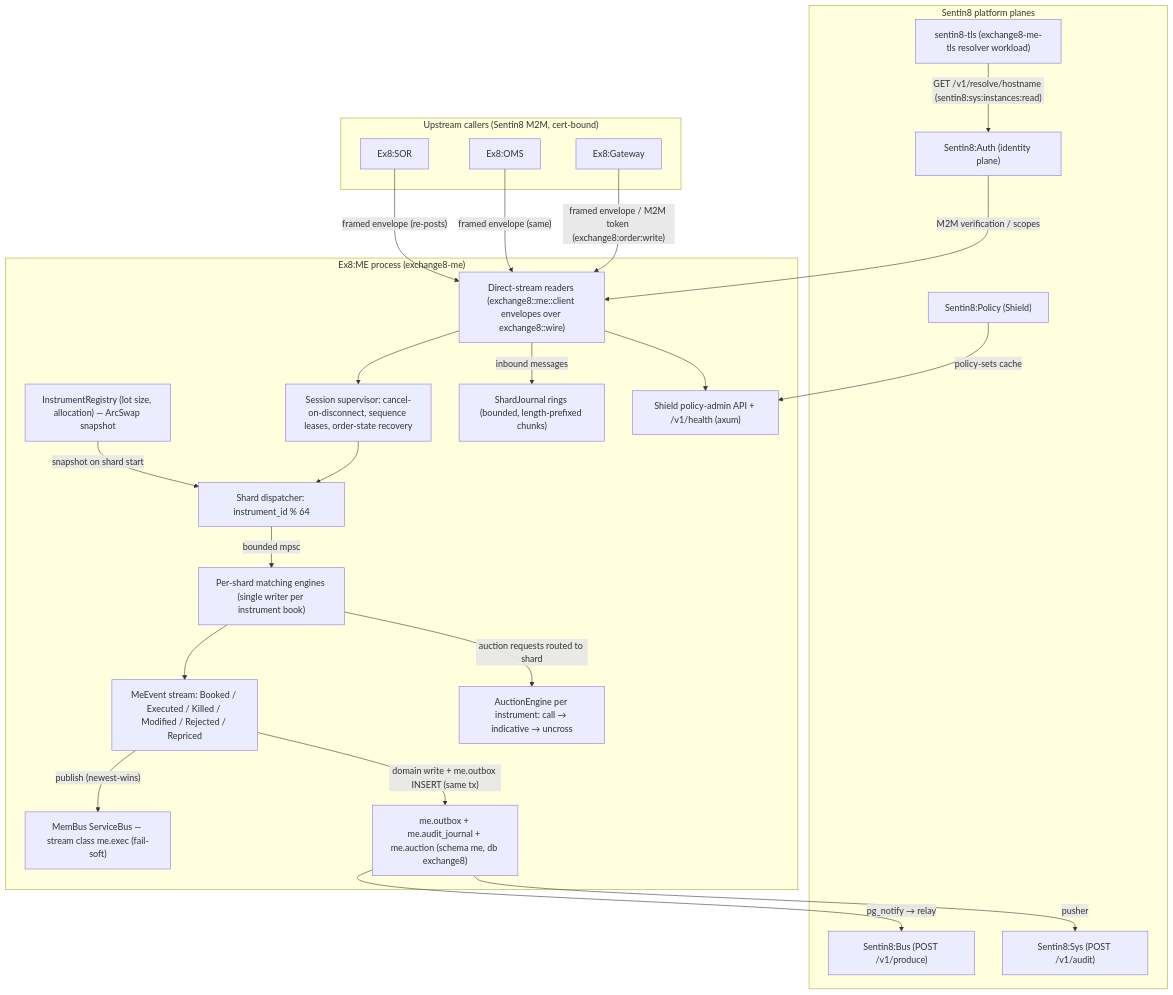
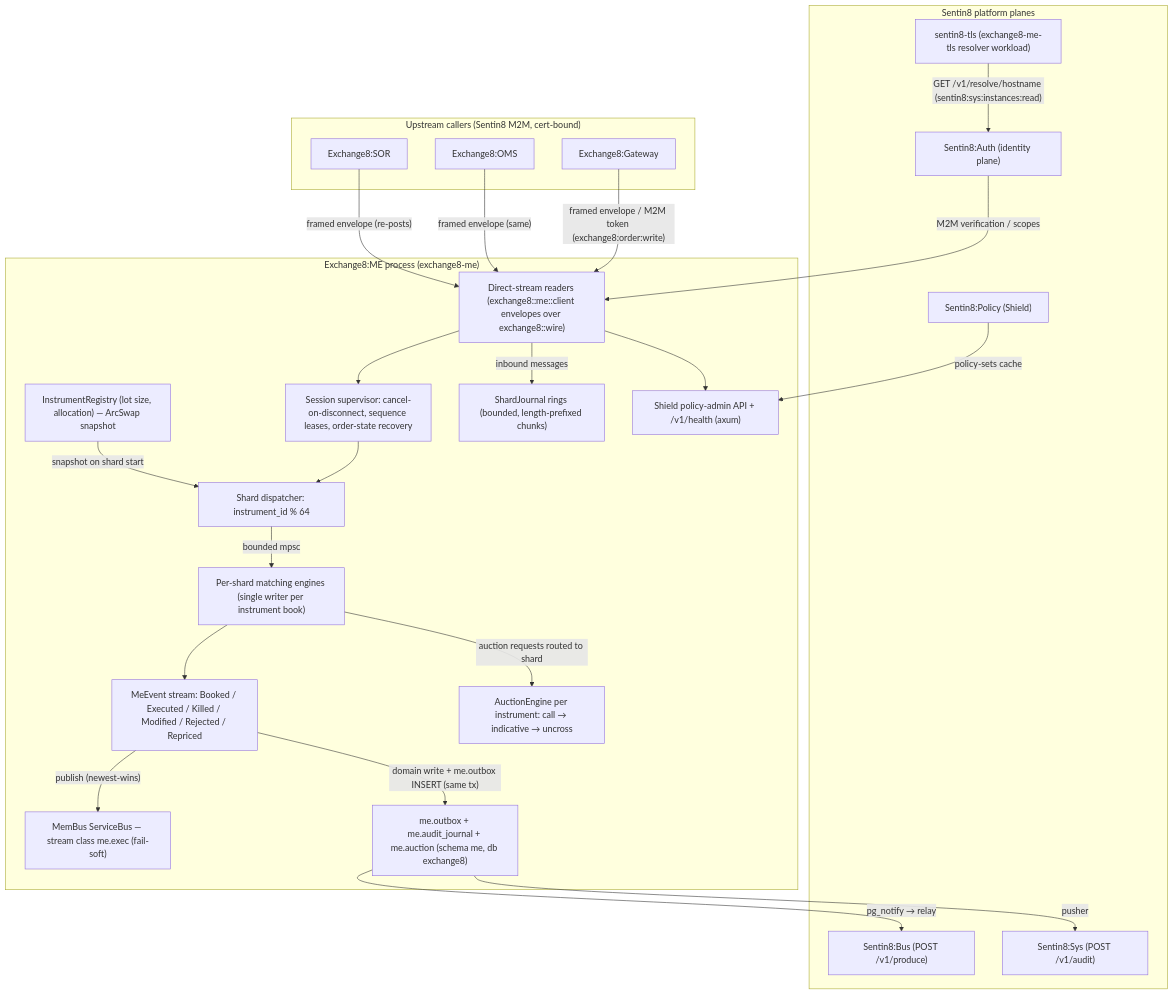
The diagram in README.md (Exchange8-dev/exchange8-me), drawn with Mermaid before and after one commit. The commit also changed other lines of this file and 13 other files, not shown here.

````diff
--- a/README.md
+++ b/README.md
@@ -60,48 +60,48 @@
 ```mermaid
 graph TD
     subgraph Upstream["Upstream callers (Sentin8 M2M, cert-bound)"]
-        GW["Ex8:Gateway"]
-        OMS["Ex8:OMS"]
-        SOR["Ex8:SOR"]
+        GW["Exchange8:Gateway"]
+        OMS["Exchange8:OMS"]
+        SOR["Exchange8:SOR"]
     end
 
-    subgraph ME["Ex8:ME process (exchange8-me)"]
+    subgraph ME["Exchange8:ME process (exchange8-me)"]
         STREAMS["Direct-stream readers (exchange8::me::client envelopes over exchange8::wire)"]
         DEDUP["Session supervisor: cancel-on-disconnect, sequence leases, order-state recovery"]
         REG["InstrumentRegistry (lot size, allocation) — ArcSwap snapshot"]
         DISP["Shard dispatcher: instrument_id % 64"]
         SHARDS["Per-shard matching engines (single writer per instrument book)"]
         JOURNAL["ShardJournal rings (bounded, length-prefixed chunks)"]
         EVENTS["MeEvent stream: Booked / Executed / Killed / Modified / Rejected / Repriced"]
         AUCTION["AuctionEngine per instrument: call → indicative → uncross"]
         MEMBUS["MemBus ServiceBus — stream class me.exec (fail-soft)"]
         DB["me.outbox + me.audit_journal + me.auction (schema me, db exchange8)"]
         ADMIN["Shield policy-admin API + /v1/health (axum)"]
     end
 
     subgraph Platform["Sentin8 platform planes"]
         AUTH["Sentin8:Auth (identity plane)"]
         BUS["Sentin8:Bus (POST /v1/produce)"]
         SYS["Sentin8:Sys (POST /v1/audit)"]
         TLS["sentin8-tls (exchange8-me-tls resolver workload)"]
         POLICY["Sentin8:Policy (Shield)"]
     end
 
     GW -- "framed envelope / M2M token (exchange8:order:write)" --> STREAMS
     OMS -- "framed envelope (same)" --> STREAMS
     SOR -- "framed envelope (re-posts)" --> STREAMS
     STREAMS --> DEDUP --> DISP
     REG -- "snapshot on shard start" --> DISP
     DISP -- "bounded mpsc" --> SHARDS
     STREAMS -- "inbound messages" --> JOURNAL
     SHARDS --> EVENTS
     SHARDS -- "auction requests routed to shard" --> AUCTION
     EVENTS -- "publish (newest-wins)" --> MEMBUS
     EVENTS -- "domain write + me.outbox INSERT (same tx)" --> DB
     DB -- "pg_notify → relay" --> BUS
     DB -- "pusher" --> SYS
     STREAMS --> ADMIN
     AUTH -- "M2M verification / scopes" --> STREAMS
     POLICY -- "policy-sets cache" --> ADMIN
     TLS -- "GET /v1/resolve/hostname (sentin8:sys:instances:read)" --> AUTH
 ```
````
